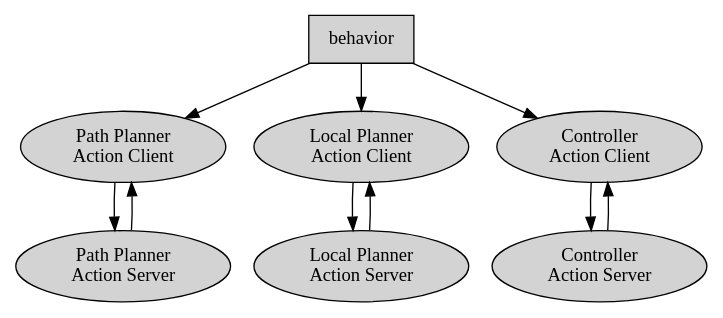
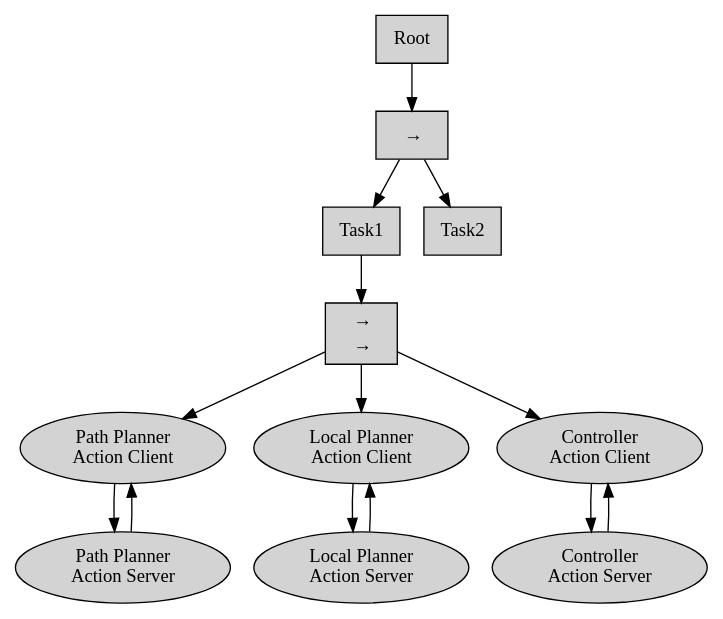
One commit to AlaaAlassi/graphviz changed the diagram in mission_controller.dot. Above: the diagram before and after it, drawn with Graphviz.

Commit message:
construct the tree

```diff
--- a/mission_controller.dot
+++ b/mission_controller.dot
@@ -1,30 +1,48 @@
 digraph BehavioralTree {
     // Define the nodes (leafs and control nodes)
 
     // Circular leaf nodes
-    node [shape=ellipse, style=filled, fillcolor=lightgray]; // Set the default shape to circle and specify style and fill color for leaf nodes
+    node [shape=ellipse, style=filled, fillcolor=lightgray];
+
+    // Define the "sequenceShape" with a larger arrow label
+    sequenceShape [label=<<TABLE BORDER="0" CELLBORDER="0" CELLSPACING="0">
+      <TR><TD PORT="arrow">→</TD></TR>
+    </TABLE>>, shape=box];
+
+    // Define the "parallelShape" with two parallel arrows
+    parallelShape [label=<<TABLE BORDER="0" CELLBORDER="0" CELLSPACING="0">
+      <TR><TD PORT="arrow1">→</TD></TR>
+      <TR><TD PORT="arrow2">→</TD></TR>
+    </TABLE>>, shape=box];
 
     // Leaf nodes
     PP_Client [label="Path Planner\nAction Client"];
     LP_client [label="Local Planner\nAction Client"];
     Contr_client [label="Controller\nAction Client"]; // You can specify the actual action here
 
     // Control nodes
-    behavior [label="behavior", shape=box];
+    Root [label="Root", shape=box];
+    Task1 [label="Task1", shape=box];
+    Task2 [label="Task2", shape=box];
+
+    Root->sequenceShape
+    sequenceShape->Task1;
+    sequenceShape->Task2;
     // Add any other control nodes if necessary
 
+
     // Define the edges between nodes
-    behavior -> PP_Client;
-    behavior -> LP_client;
-    behavior -> Contr_client;
+    Task1 -> parallelShape -> PP_Client;
+    parallelShape-> LP_client;
+    parallelShape->Contr_client;
 
     // server nodes
     PP_server [label="Path Planner\nAction Server"];
     LP_server [label="Local Planner\nAction Server"];
     Contr_server [label="Controller\nAction Server"]; // You can specify the actual action here
 
     // Define the edges between nodes
     PP_Client -> PP_server;PP_server ->PP_Client;
     LP_client -> LP_server;LP_server ->LP_client;
     Contr_client -> Contr_server;Contr_server ->Contr_client;
 }
```
